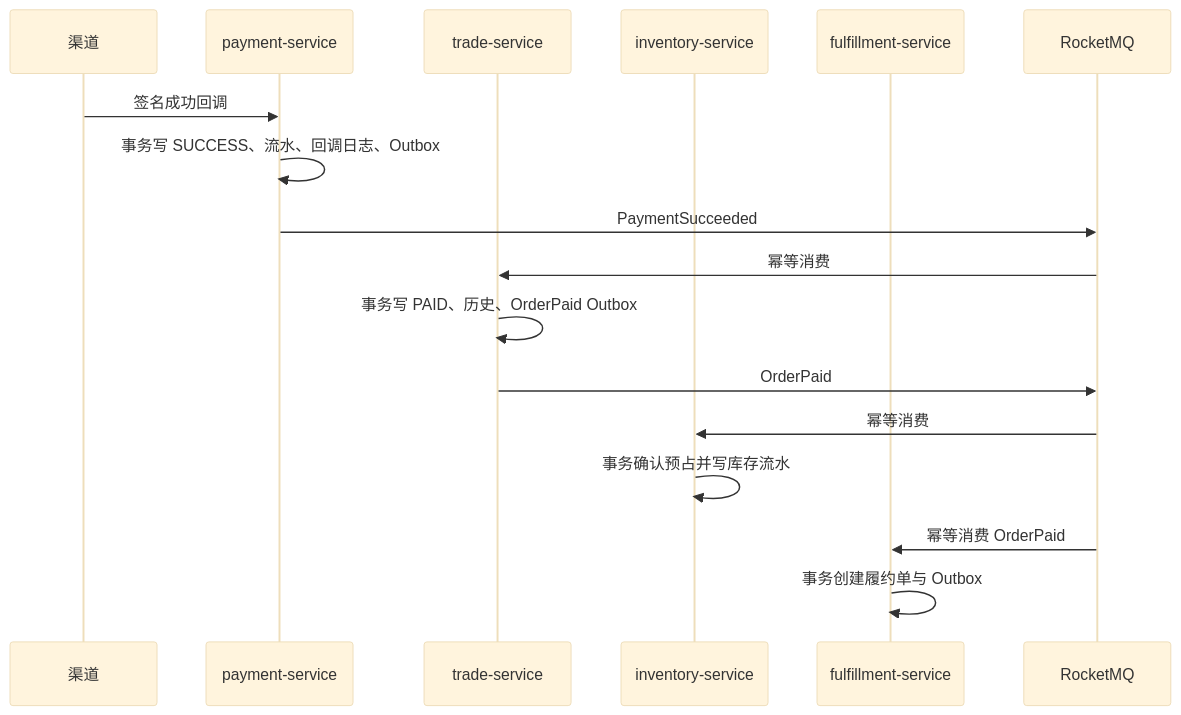
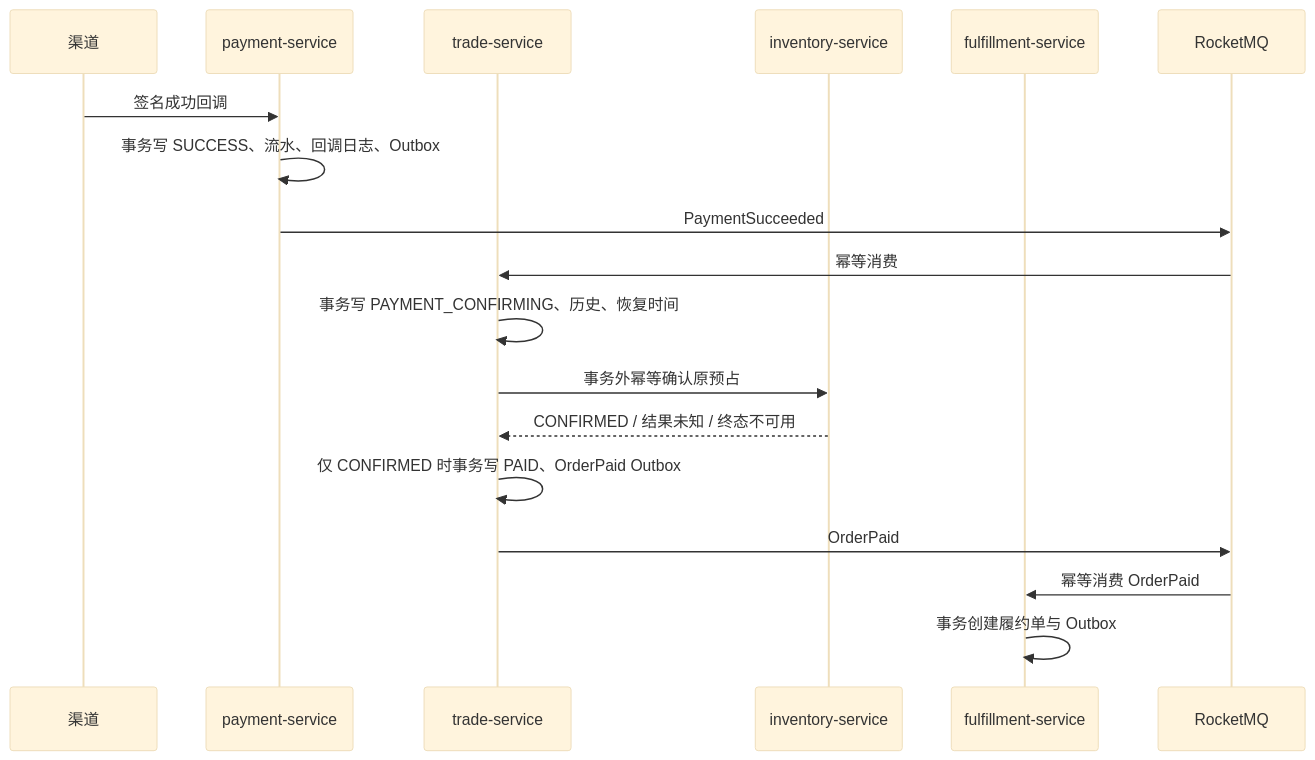
Before and after one commit to NoctilumeDev/PlainJournal: the diagram in docs/13-payment-service.md, drawn with Mermaid (base theme). The commit also changed other lines of this file and 1180 other files, not shown here.

````diff
--- a/docs/13-payment-service.md
+++ b/docs/13-payment-service.md
@@ -40,20 +64,21 @@
 ```mermaid
 sequenceDiagram
     participant C as 渠道
     participant P as payment-service
     participant T as trade-service
     participant I as inventory-service
     participant F as fulfillment-service
     participant MQ as RocketMQ
 
     C->>P: 签名成功回调
     P->>P: 事务写 SUCCESS、流水、回调日志、Outbox
     P->>MQ: PaymentSucceeded
     MQ->>T: 幂等消费
-    T->>T: 事务写 PAID、历史、OrderPaid Outbox
+    T->>T: 事务写 PAYMENT_CONFIRMING、历史、恢复时间
+    T->>I: 事务外幂等确认原预占
+    I-->>T: CONFIRMED / 结果未知 / 终态不可用
+    T->>T: 仅 CONFIRMED 时事务写 PAID、OrderPaid Outbox
     T->>MQ: OrderPaid
-    MQ->>I: 幂等消费
-    I->>I: 事务确认预占并写库存流水
     MQ->>F: 幂等消费 OrderPaid
     F->>F: 事务创建履约单与 Outbox
 ```
````
